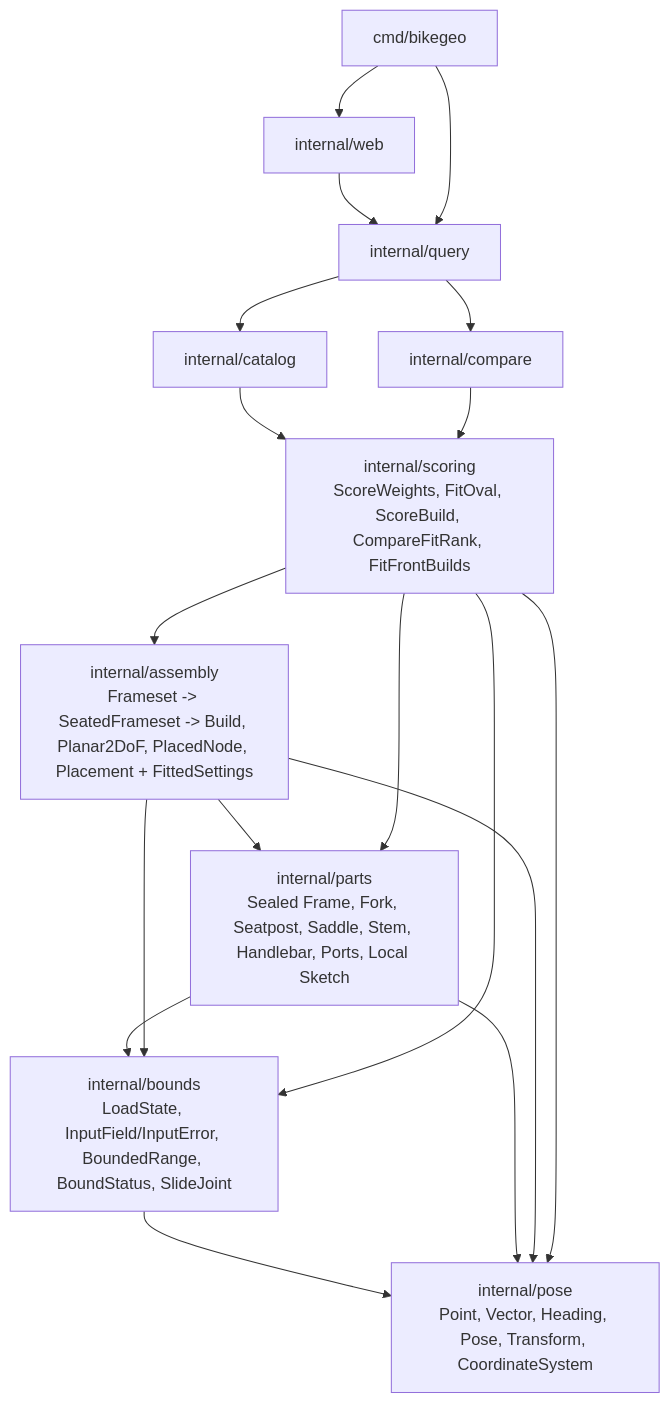
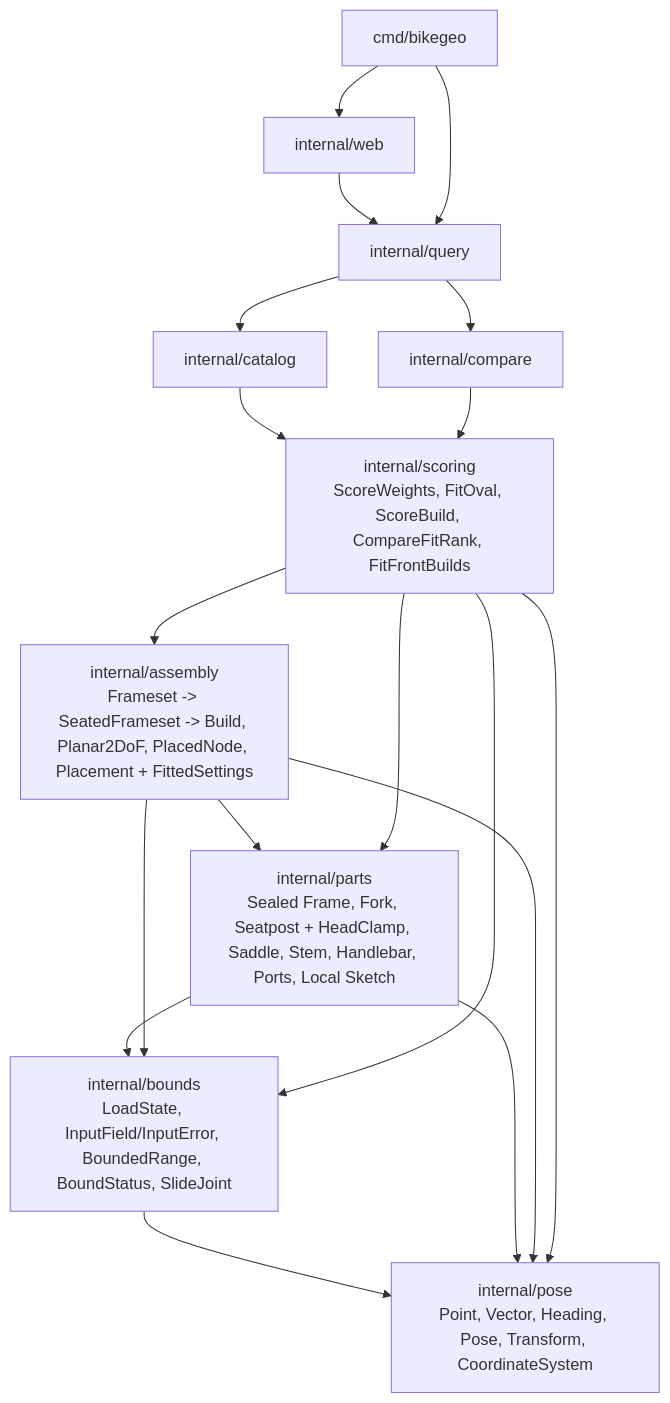
One commit to matta/bikegeo changed the diagram in docs/implementation_plan.md. Above: the diagram before and after it, drawn with Mermaid. The commit also changed other lines of this file and 3 other files, not shown here.

````diff
--- a/docs/implementation_plan.md
+++ b/docs/implementation_plan.md
@@ -21,31 +24,31 @@
 ```mermaid
 flowchart TD
     Pose["internal/pose\nPoint, Vector, Heading, Pose, Transform, CoordinateSystem"]
     Bounds["internal/bounds\nLoadState, InputField/InputError, BoundedRange, BoundStatus, SlideJoint"]
-    Parts["internal/parts\nSealed Frame, Fork, Seatpost, Saddle, Stem, Handlebar, Ports, Local Sketch"]
+    Parts["internal/parts\nSealed Frame, Fork, Seatpost + HeadClamp, Saddle, Stem, Handlebar, Ports, Local Sketch"]
     Assembly["internal/assembly\nFrameset -> SeatedFrameset -> Build, Planar2DoF, PlacedNode, Placement + FittedSettings"]
     Scoring["internal/scoring\nScoreWeights, FitOval, ScoreBuild, CompareFitRank, FitFrontBuilds"]
     Catalog["internal/catalog"]
     Compare["internal/compare"]
     Query["internal/query"]
     Web["internal/web"]
     CLI["cmd/bikegeo"]
 
     Bounds --> Pose
     Parts --> Bounds
     Parts --> Pose
     Assembly --> Parts
     Assembly --> Bounds
     Assembly --> Pose
     Scoring --> Assembly
     Scoring --> Parts
     Scoring --> Bounds
     Scoring --> Pose
     Catalog --> Scoring
     Compare --> Scoring
     Query --> Compare
     Query --> Catalog
     Web --> Query
     CLI --> Web
     CLI --> Query
 ```
````
